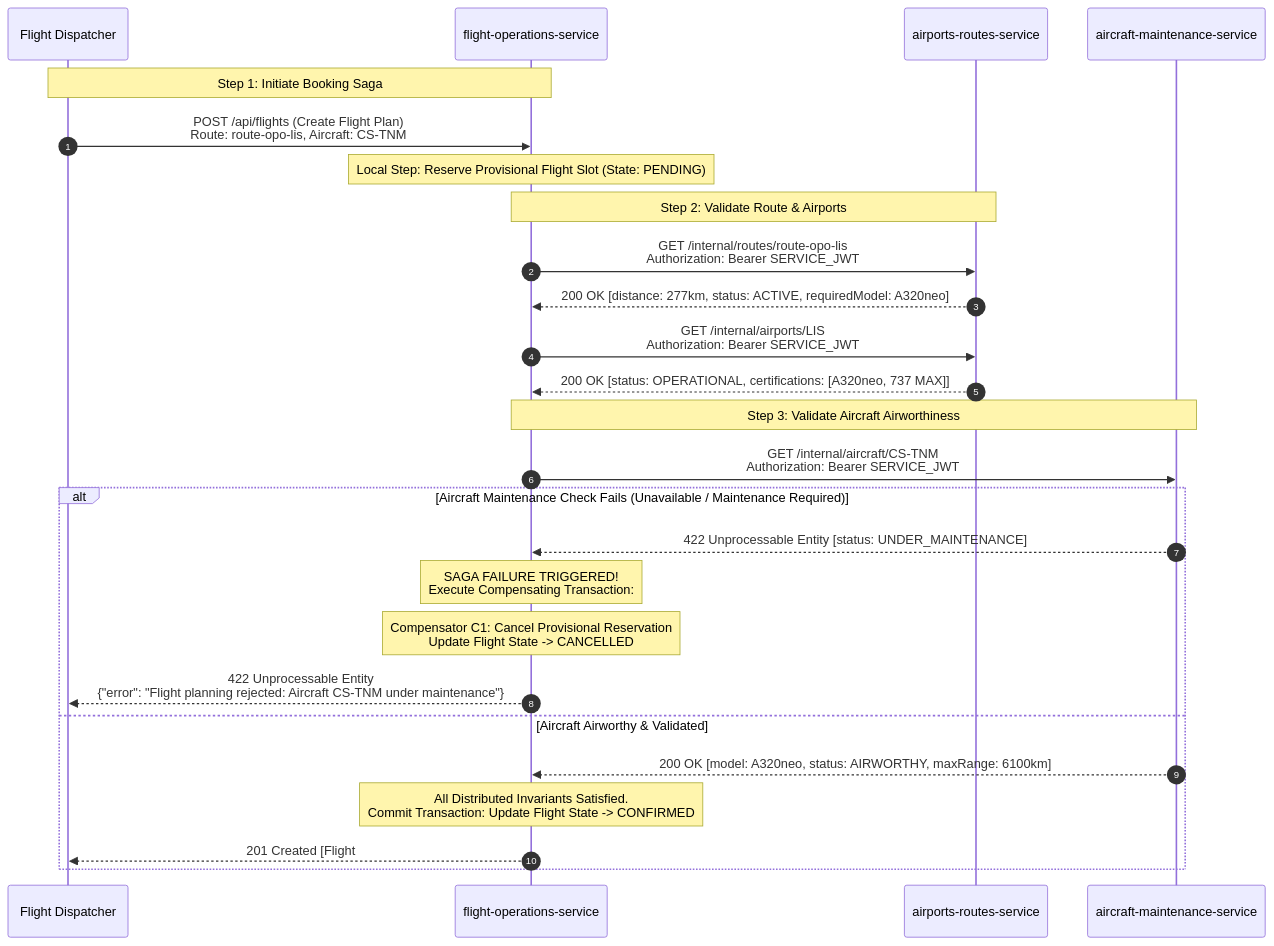
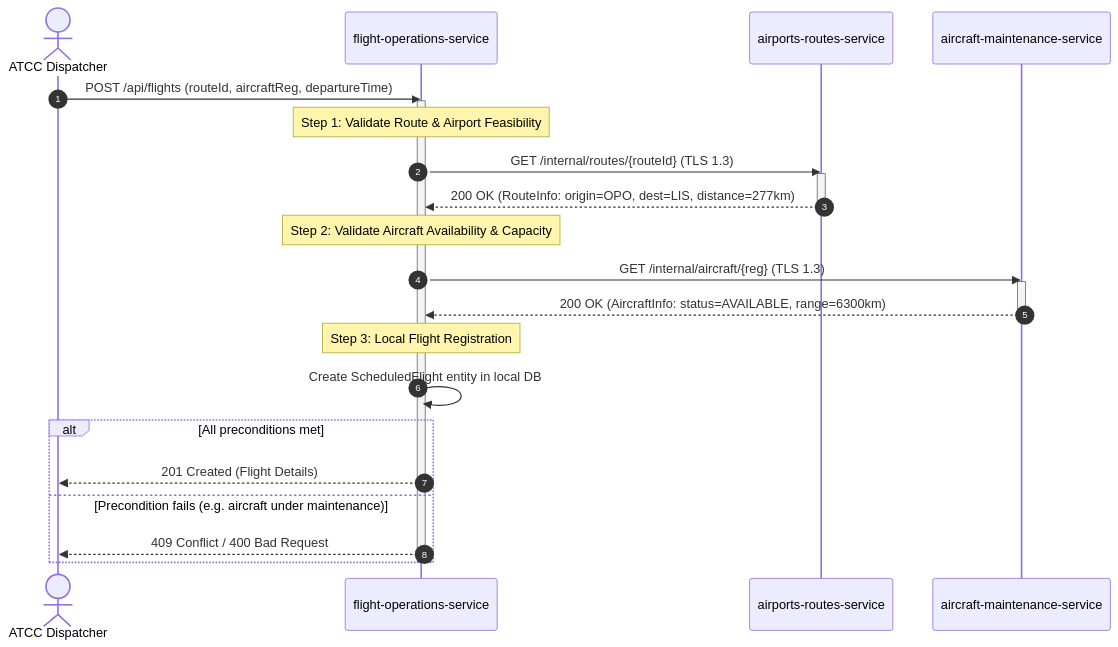
One commit to ImJay1527/airports-routes-service changed the fifth of 6 diagrams in docs/architecture.md. Above: the diagram before and after it, drawn with Mermaid. The commit also changed other lines of this file and 5 other files, not shown here.

Commit message:
docs: align architecture, C4+1 model, and service contracts with peer services

````diff
--- a/docs/architecture.md
+++ b/docs/architecture.md
@@ -236,35 +309,34 @@
 ```mermaid
-%% C4+1 Process View: Distributed Saga Pattern with Compensations
+%% Sequence Diagram: Inter-Service Saga
 sequenceDiagram
     autonumber
-    participant Op as Flight Dispatcher
+    actor Dispatcher as ATCC Dispatcher
     participant FO as flight-operations-service
     participant AR as airports-routes-service
     participant AM as aircraft-maintenance-service
 
-    Note over Op,FO: Step 1: Initiate Booking Saga
-    Op->>FO: POST /api/flights (Create Flight Plan)<br/>Route: route-opo-lis, Aircraft: CS-TNM
+    Dispatcher->>FO: POST /api/flights (routeId, aircraftReg, departureTime)
+    activate FO
     
-    Note over FO: Local Step: Reserve Provisional Flight Slot (State: PENDING)
+    Note over FO: Step 1: Validate Route & Airport Feasibility
+    FO->>AR: GET /internal/routes/{routeId} (TLS 1.3)
+    activate AR
+    AR-->>FO: 200 OK (RouteInfo: origin=OPO, dest=LIS, distance=277km)
+    deactivate AR
+
+    Note over FO: Step 2: Validate Aircraft Availability & Capacity
+    FO->>AM: GET /internal/aircraft/{reg} (TLS 1.3)
+    activate AM
+    AM-->>FO: 200 OK (AircraftInfo: status=AVAILABLE, range=6300km)
+    deactivate AM
+
+    Note over FO: Step 3: Local Flight Registration
+    FO->>FO: Create ScheduledFlight entity in local DB
     
-    Note over FO,AR: Step 2: Validate Route & Airports
-    FO->>AR: GET /internal/routes/route-opo-lis<br/>Authorization: Bearer SERVICE_JWT
-    AR-->>FO: 200 OK [distance: 277km, status: ACTIVE, requiredModel: A320neo]
-    
-    FO->>AR: GET /internal/airports/LIS<br/>Authorization: Bearer SERVICE_JWT
-    AR-->>FO: 200 OK [status: OPERATIONAL, certifications: [A320neo, 737 MAX]]
-
-    Note over FO,AM: Step 3: Validate Aircraft Airworthiness
-    FO->>AM: GET /internal/aircraft/CS-TNM<br/>Authorization: Bearer SERVICE_JWT
-    
-    alt Aircraft Maintenance Check Fails (Unavailable / Maintenance Required)
-        AM-->>FO: 422 Unprocessable Entity [status: UNDER_MAINTENANCE]
-        Note over FO: SAGA FAILURE TRIGGERED!<br/>Execute Compensating Transaction:
-        Note over FO: Compensator C1: Cancel Provisional Reservation<br/>Update Flight State -> CANCELLED
-        FO-->>Op: 422 Unprocessable Entity<br/>{"error": "Flight planning rejected: Aircraft CS-TNM under maintenance"}
-    else Aircraft Airworthy & Validated
-        AM-->>FO: 200 OK [model: A320neo, status: AIRWORTHY, maxRange: 6100km]
-        Note over FO: All Distributed Invariants Satisfied.<br/>Commit Transaction: Update Flight State -> CONFIRMED
-        FO-->>Op: 201 Created [Flight #AF124 Scheduled]
+    alt All preconditions met
+        FO-->>Dispatcher: 201 Created (Flight Details)
+    else Precondition fails (e.g. aircraft under maintenance)
+        FO-->>Dispatcher: 409 Conflict / 400 Bad Request
     end
+    deactivate FO
 ```
````
